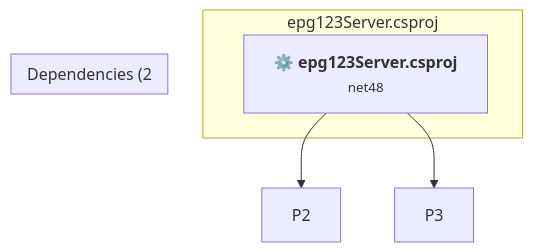
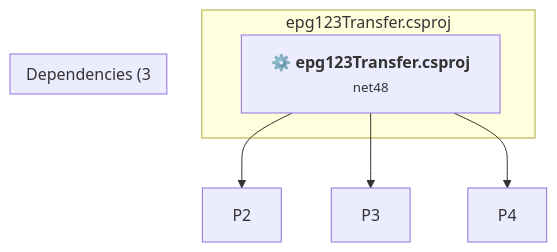
Before and after one commit to Kev506/epg123: the second of 2 diagrams in .github/upgrades/scenarios/dotnet-version-upgrade/assessment.md, drawn with Mermaid. The commit also changed other lines of this file and 18 other files, not shown here.

Commit message:
upgrade: migrate epg123Transfer to .NET 10

````diff
--- a/.github/upgrades/scenarios/dotnet-version-upgrade/assessment.md
+++ b/.github/upgrades/scenarios/dotnet-version-upgrade/assessment.md
@@ -145,12 +182,13 @@
 ```mermaid
 flowchart TB
-    subgraph current["epg123Server.csproj"]
-        MAIN["<b>⚙️&nbsp;epg123Server.csproj</b><br/><small>net48</small>"]
-        click MAIN "#epg123servercsproj"
+    subgraph current["epg123Transfer.csproj"]
+        MAIN["<b>⚙️&nbsp;epg123Transfer.csproj</b><br/><small>net48</small>"]
+        click MAIN "#epg123transfercsproj"
     end
-    subgraph downstream["Dependencies (2"]
+    subgraph downstream["Dependencies (3"]
     end
     MAIN --> P2
     MAIN --> P3
+    MAIN --> P4
 
 ```
````
